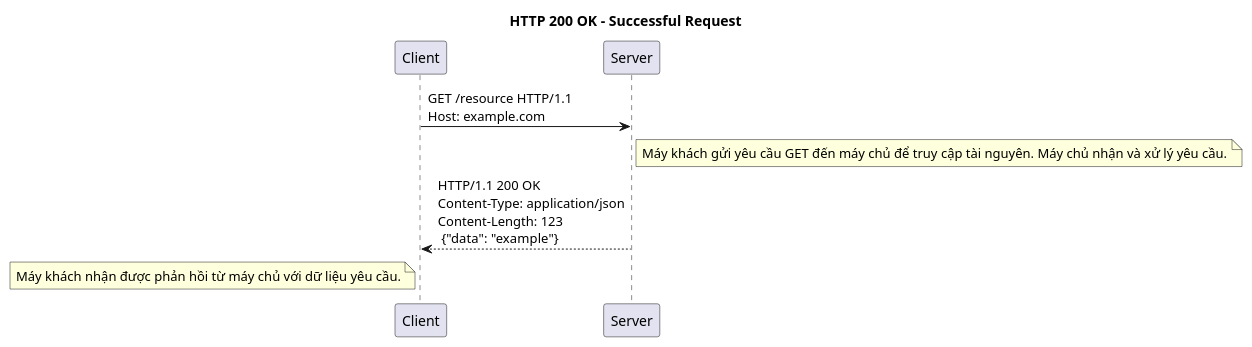
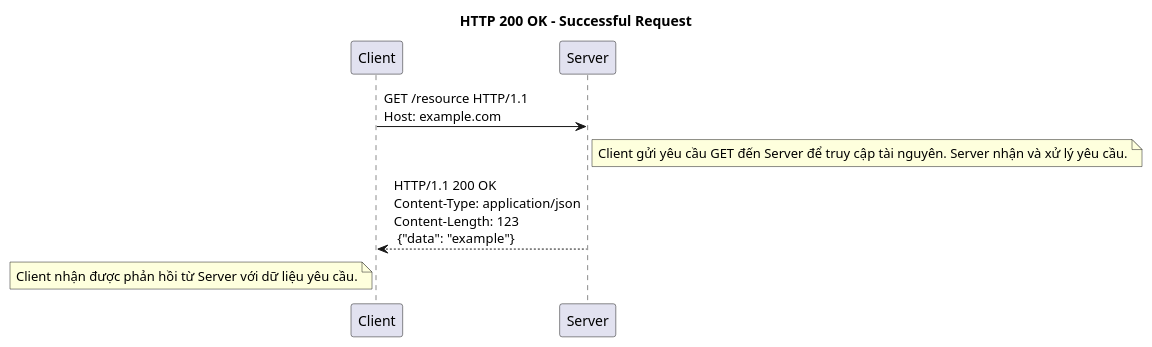
Before and after one commit to thanhlv-com/thanhlv-blog: the third of 27 diagrams in packages/apps/src/blog/2024-12-05-y-nghia-cua-cac-http-status-code.md, drawn with PlantUML. The commit also changed other lines of this file, not shown here.

````diff
--- a/packages/apps/src/blog/2024-12-05-y-nghia-cua-cac-http-status-code.md
+++ b/packages/apps/src/blog/2024-12-05-y-nghia-cua-cac-http-status-code.md
@@ -195,14 +195,14 @@
 ```plantuml
 @startuml
 title HTTP 200 OK - Successful Request
 
 participant "Client" as C
 participant "Server" as S
 
 C -> S: GET /resource HTTP/1.1\nHost: example.com
-note right of S: Máy khách gửi yêu cầu GET đến máy chủ để truy cập tài nguyên. Máy chủ nhận và xử lý yêu cầu.
+note right of S: Client gửi yêu cầu GET đến Server để truy cập tài nguyên. Server nhận và xử lý yêu cầu.
 
 S --> C: HTTP/1.1 200 OK\nContent-Type: application/json\nContent-Length: 123 \n {"data": "example"}
-note left of C: Máy khách nhận được phản hồi từ máy chủ với dữ liệu yêu cầu.
+note left of C: Client nhận được phản hồi từ Server với dữ liệu yêu cầu.
 @enduml
 ```
````
